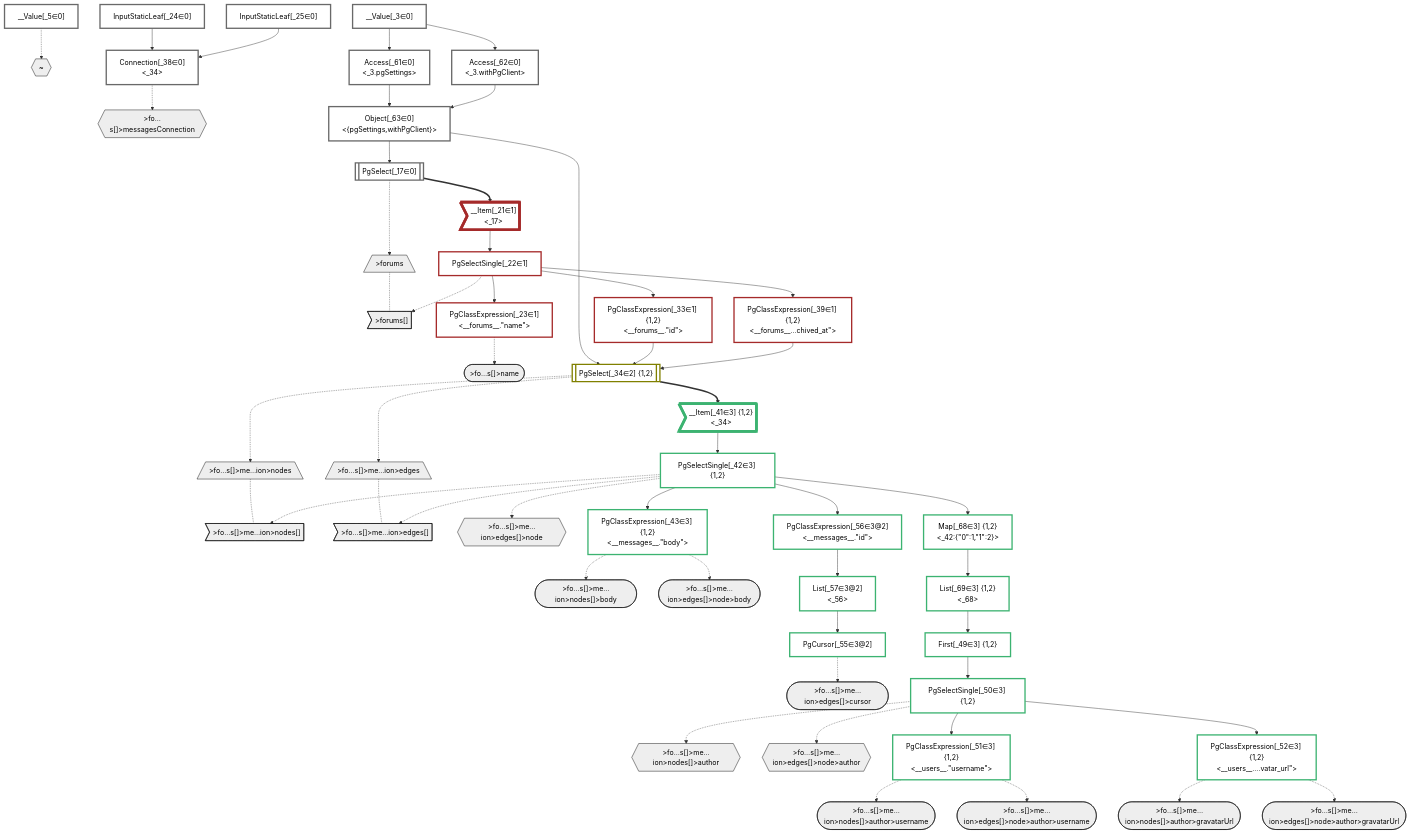
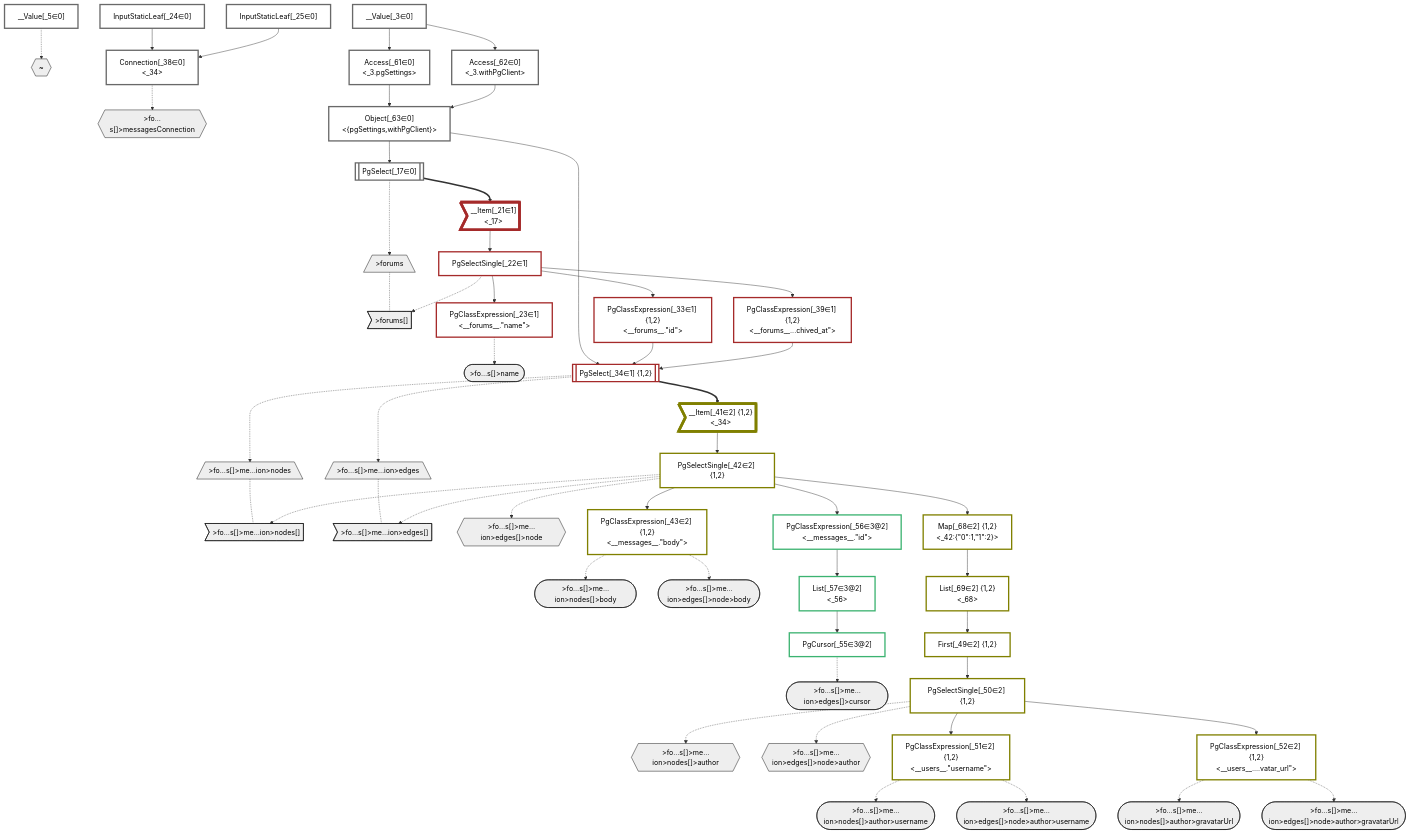
The diagram in packages/dataplan-pg/__tests__/queries/conditions/archived-forum-inherited-messages.defer-3.mermaid.md (graphile/crystal), drawn with Mermaid before and after one commit. The commit also changed 42 other files, not shown here.

````diff
--- a/packages/dataplan-pg/__tests__/queries/conditions/archived-forum-inherited-messages.defer-3.mermaid.md
+++ b/packages/dataplan-pg/__tests__/queries/conditions/archived-forum-inherited-messages.defer-3.mermaid.md
@@ -55,24 +55,24 @@
     InputStaticLeaf_24["InputStaticLeaf[_24∈0]"]:::plan
     InputStaticLeaf_25["InputStaticLeaf[_25∈0]"]:::plan
     PgClassExpression_33["PgClassExpression[_33∈1] {1,2}<br /><__forums__.#quot;id#quot;>"]:::plan
-    PgSelect_34[["PgSelect[_34∈2] {1,2}<br /><messages>"]]:::plan
+    PgSelect_34[["PgSelect[_34∈1] {1,2}<br /><messages>"]]:::plan
     Connection_38["Connection[_38∈0]<br /><_34>"]:::plan
     PgClassExpression_39["PgClassExpression[_39∈1] {1,2}<br /><__forums__...chived_at#quot;>"]:::plan
-    __Item_41>"__Item[_41∈3] {1,2}<br /><_34>"]:::itemplan
-    PgSelectSingle_42["PgSelectSingle[_42∈3] {1,2}<br /><messages>"]:::plan
-    PgClassExpression_43["PgClassExpression[_43∈3] {1,2}<br /><__messages__.#quot;body#quot;>"]:::plan
-    First_49["First[_49∈3] {1,2}"]:::plan
-    PgSelectSingle_50["PgSelectSingle[_50∈3] {1,2}<br /><users>"]:::plan
-    PgClassExpression_51["PgClassExpression[_51∈3] {1,2}<br /><__users__.#quot;username#quot;>"]:::plan
-    PgClassExpression_52["PgClassExpression[_52∈3] {1,2}<br /><__users__....vatar_url#quot;>"]:::plan
+    __Item_41>"__Item[_41∈2] {1,2}<br /><_34>"]:::itemplan
+    PgSelectSingle_42["PgSelectSingle[_42∈2] {1,2}<br /><messages>"]:::plan
+    PgClassExpression_43["PgClassExpression[_43∈2] {1,2}<br /><__messages__.#quot;body#quot;>"]:::plan
+    First_49["First[_49∈2] {1,2}"]:::plan
+    PgSelectSingle_50["PgSelectSingle[_50∈2] {1,2}<br /><users>"]:::plan
+    PgClassExpression_51["PgClassExpression[_51∈2] {1,2}<br /><__users__.#quot;username#quot;>"]:::plan
+    PgClassExpression_52["PgClassExpression[_52∈2] {1,2}<br /><__users__....vatar_url#quot;>"]:::plan
     PgCursor_55["PgCursor[_55∈3@2]"]:::plan
     PgClassExpression_56["PgClassExpression[_56∈3@2]<br /><__messages__.#quot;id#quot;>"]:::plan
     List_57["List[_57∈3@2]<br /><_56>"]:::plan
     Access_61["Access[_61∈0]<br /><_3.pgSettings>"]:::plan
     Access_62["Access[_62∈0]<br /><_3.withPgClient>"]:::plan
     Object_63["Object[_63∈0]<br /><{pgSettings,withPgClient}>"]:::plan
-    Map_68["Map[_68∈3] {1,2}<br /><_42:{#quot;0#quot;:1,#quot;1#quot;:2}>"]:::plan
-    List_69["List[_69∈3] {1,2}<br /><_68>"]:::plan
+    Map_68["Map[_68∈2] {1,2}<br /><_42:{#quot;0#quot;:1,#quot;1#quot;:2}>"]:::plan
+    List_69["List[_69∈2] {1,2}<br /><_68>"]:::plan
 
     %% plan dependencies
     Object_63 --> PgSelect_17
@@ -128,9 +128,9 @@
     classDef bucket0 stroke:#696969
     class __Value_3,__Value_5,PgSelect_17,InputStaticLeaf_24,InputStaticLeaf_25,Connection_38,Access_61,Access_62,Object_63 bucket0
     classDef bucket1 stroke:#a52a2a
-    class __Item_21,PgSelectSingle_22,PgClassExpression_23,PgClassExpression_33,PgClassExpression_39 bucket1
+    class __Item_21,PgSelectSingle_22,PgClassExpression_23,PgClassExpression_33,PgSelect_34,PgClassExpression_39 bucket1
     classDef bucket2 stroke:#808000
-    class PgSelect_34 bucket2
+    class __Item_41,PgSelectSingle_42,PgClassExpression_43,First_49,PgSelectSingle_50,PgClassExpression_51,PgClassExpression_52,Map_68,List_69 bucket2
     classDef bucket3 stroke:#3cb371
-    class __Item_41,PgSelectSingle_42,PgClassExpression_43,First_49,PgSelectSingle_50,PgClassExpression_51,PgClassExpression_52,PgCursor_55,PgClassExpression_56,List_57,Map_68,List_69 bucket3
+    class PgCursor_55,PgClassExpression_56,List_57 bucket3
 ```
````
